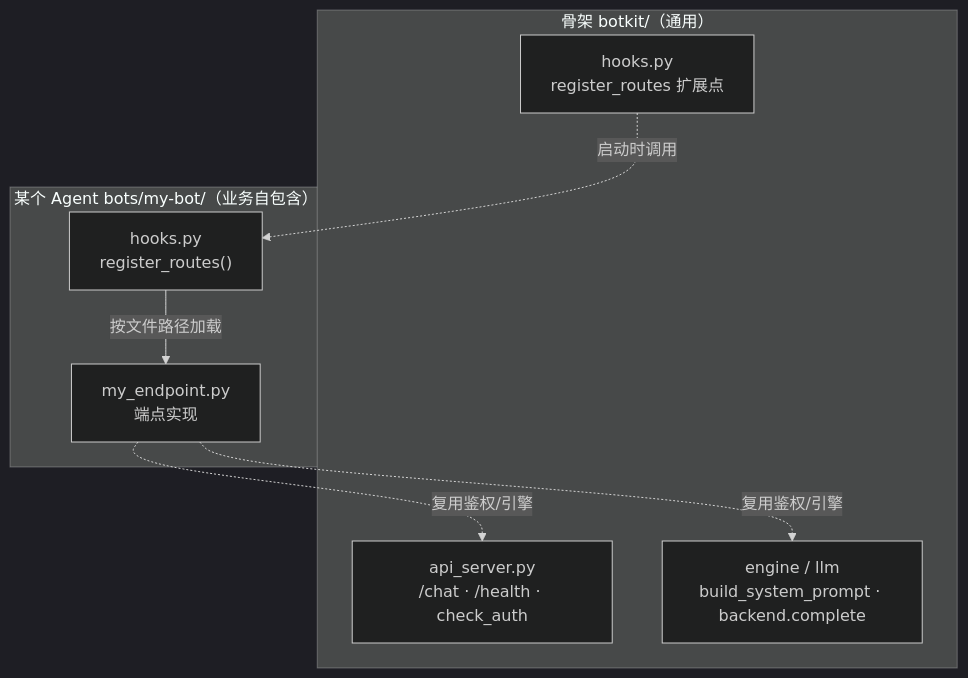
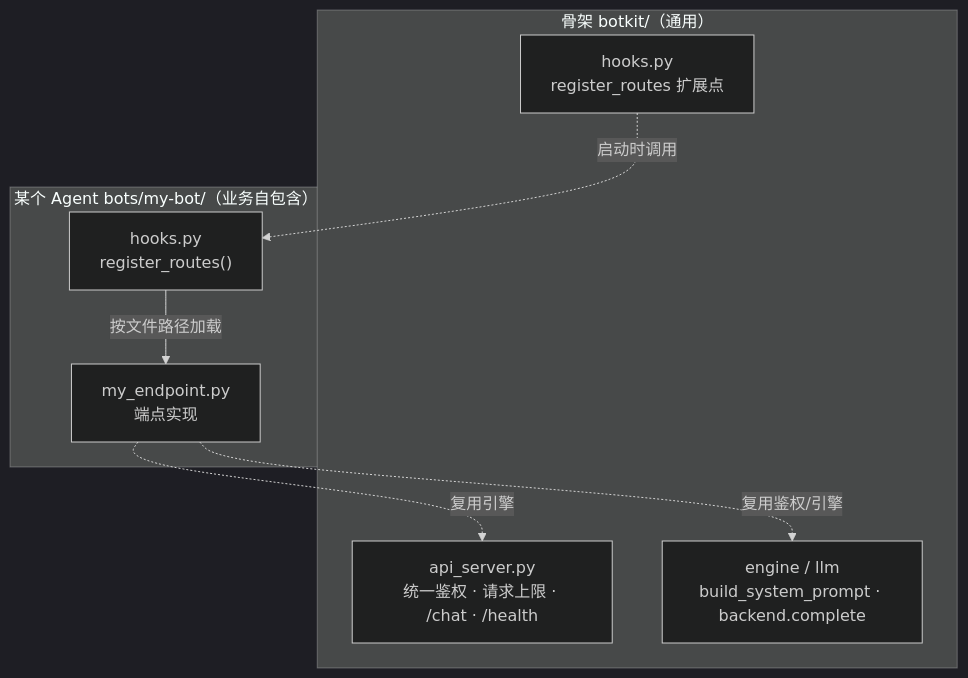
The diagram in docs/配置参考.md (wagalicn/BotSmith), drawn with Mermaid (dark theme) before and after one commit. The commit also changed other lines of this file and 22 other files, not shown here.

````diff
--- a/docs/配置参考.md
+++ b/docs/配置参考.md
@@ -265,16 +269,16 @@
 ```mermaid
 flowchart TB
     subgraph SK["骨架 botkit/（通用）"]
-        API["api_server.py<br/>/chat · /health · check_auth"]
+        API["api_server.py<br/>统一鉴权 · 请求上限 · /chat · /health"]
         HK["hooks.py<br/>register_routes 扩展点"]
         EN["engine / llm<br/>build_system_prompt · backend.complete"]
     end
     subgraph BOT["某个 Agent bots/my-bot/（业务自包含）"]
         BH["hooks.py<br/>register_routes()"]
         BE["my_endpoint.py<br/>端点实现"]
         BH -->|按文件路径加载| BE
     end
     HK -.启动时调用.-> BH
-    BE -.复用鉴权/引擎.-> API
+    BE -.复用引擎.-> API
     BE -.复用鉴权/引擎.-> EN
 ```
````
